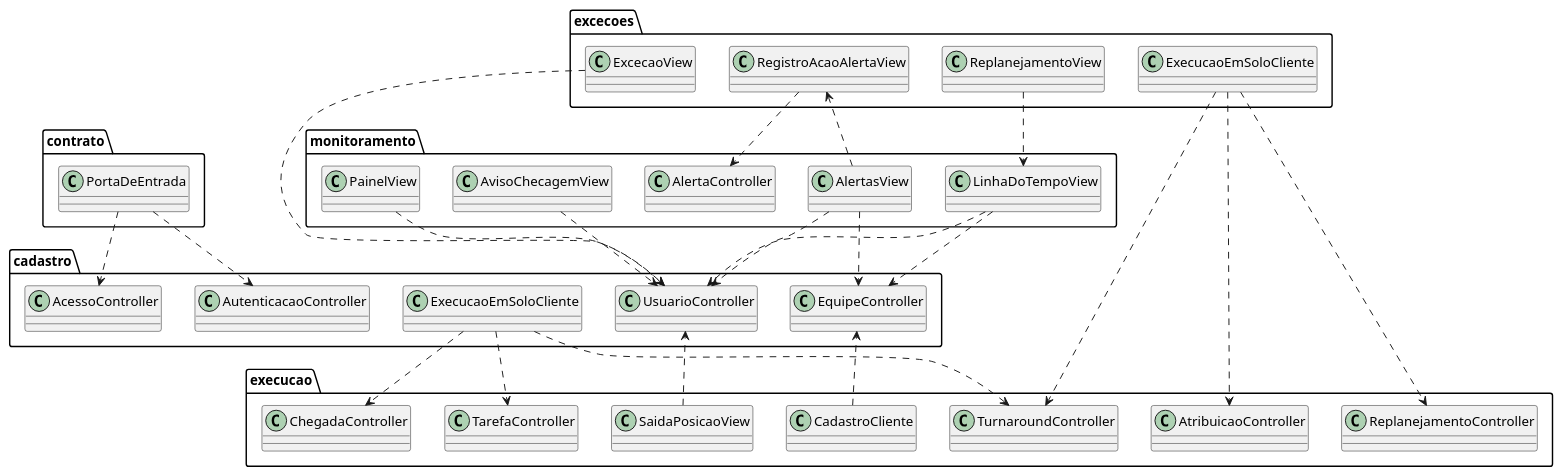
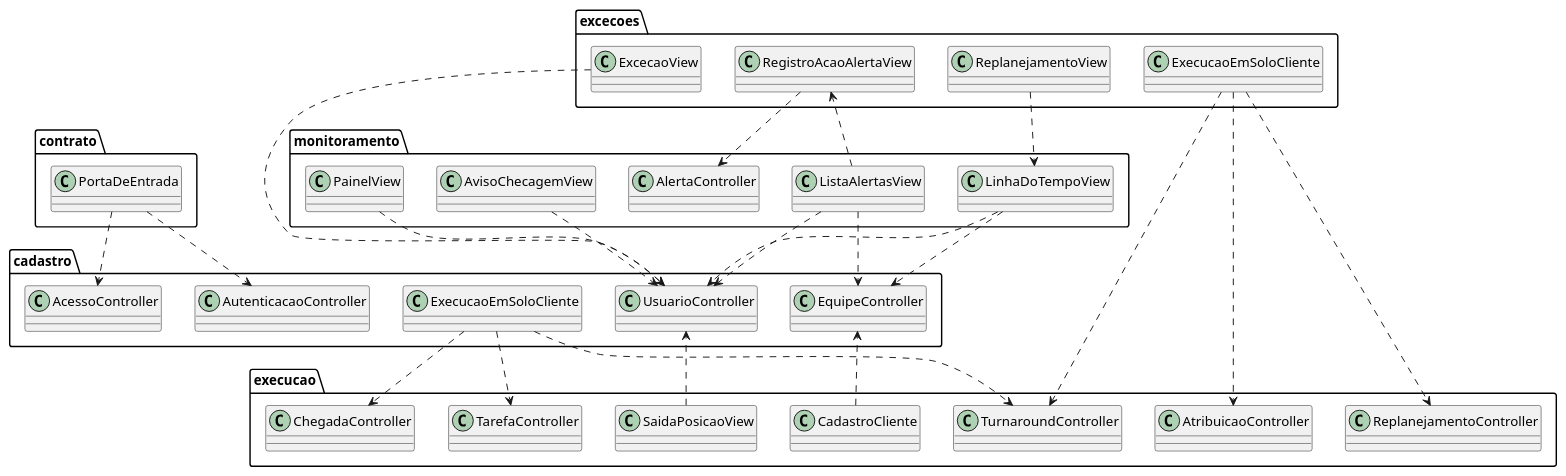
The diagram in especificacao/diagramas/13-classes-ligacoes.iuml (Aircraft-Turnaround-Operations-Manager/aircraft-turnaround-docs), drawn with PlantUML before and after one commit. The commit also changed 47 other files, not shown here.

```diff
--- a/especificacao/diagramas/13-classes-ligacoes.iuml
+++ b/especificacao/diagramas/13-classes-ligacoes.iuml
@@ -1,24 +1,24 @@
 ' Item 13 (T13, issue #145) — dependências entre serviços, incluídas depois de todas as classes para que as vistas
 ' as desenhem. Só tela → tela ou controle (o site é um só), cliente → controle do outro serviço e porta de entrada →
 ' Cadastro (seção 13.1). conferir_classes.py confere que nenhuma outra relação cruza serviços.
 
 contrato.PortaDeEntrada ..> cadastro.AcessoController
 contrato.PortaDeEntrada ..> cadastro.AutenticacaoController
 cadastro.ExecucaoEmSoloCliente ..> execucao.TurnaroundController
 cadastro.ExecucaoEmSoloCliente ..> execucao.ChegadaController
 cadastro.ExecucaoEmSoloCliente ..> execucao.TarefaController
 execucao.SaidaPosicaoView ..> cadastro.UsuarioController
 excecoes.ExcecaoView ..> cadastro.UsuarioController
 monitoramento.PainelView ..> cadastro.UsuarioController
 execucao.CadastroCliente ..> cadastro.EquipeController
 monitoramento.LinhaDoTempoView ..> cadastro.UsuarioController
 monitoramento.LinhaDoTempoView ..> cadastro.EquipeController
-monitoramento.AlertasView ..> cadastro.UsuarioController
-monitoramento.AlertasView ..> cadastro.EquipeController
+monitoramento.ListaAlertasView ..> cadastro.UsuarioController
+monitoramento.ListaAlertasView ..> cadastro.EquipeController
 monitoramento.AvisoChecagemView ..> cadastro.UsuarioController
-monitoramento.AlertasView ..> excecoes.RegistroAcaoAlertaView
+monitoramento.ListaAlertasView ..> excecoes.RegistroAcaoAlertaView
 excecoes.RegistroAcaoAlertaView ..> monitoramento.AlertaController
 excecoes.ReplanejamentoView ..> monitoramento.LinhaDoTempoView
 excecoes.ExecucaoEmSoloCliente ..> execucao.TurnaroundController
 excecoes.ExecucaoEmSoloCliente ..> execucao.AtribuicaoController
 excecoes.ExecucaoEmSoloCliente ..> execucao.ReplanejamentoController
```
